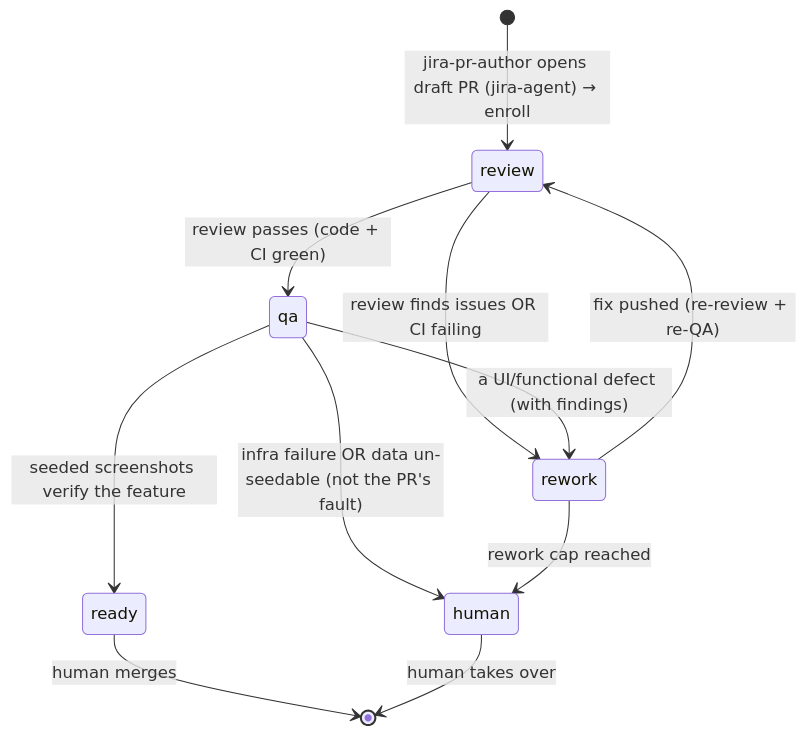
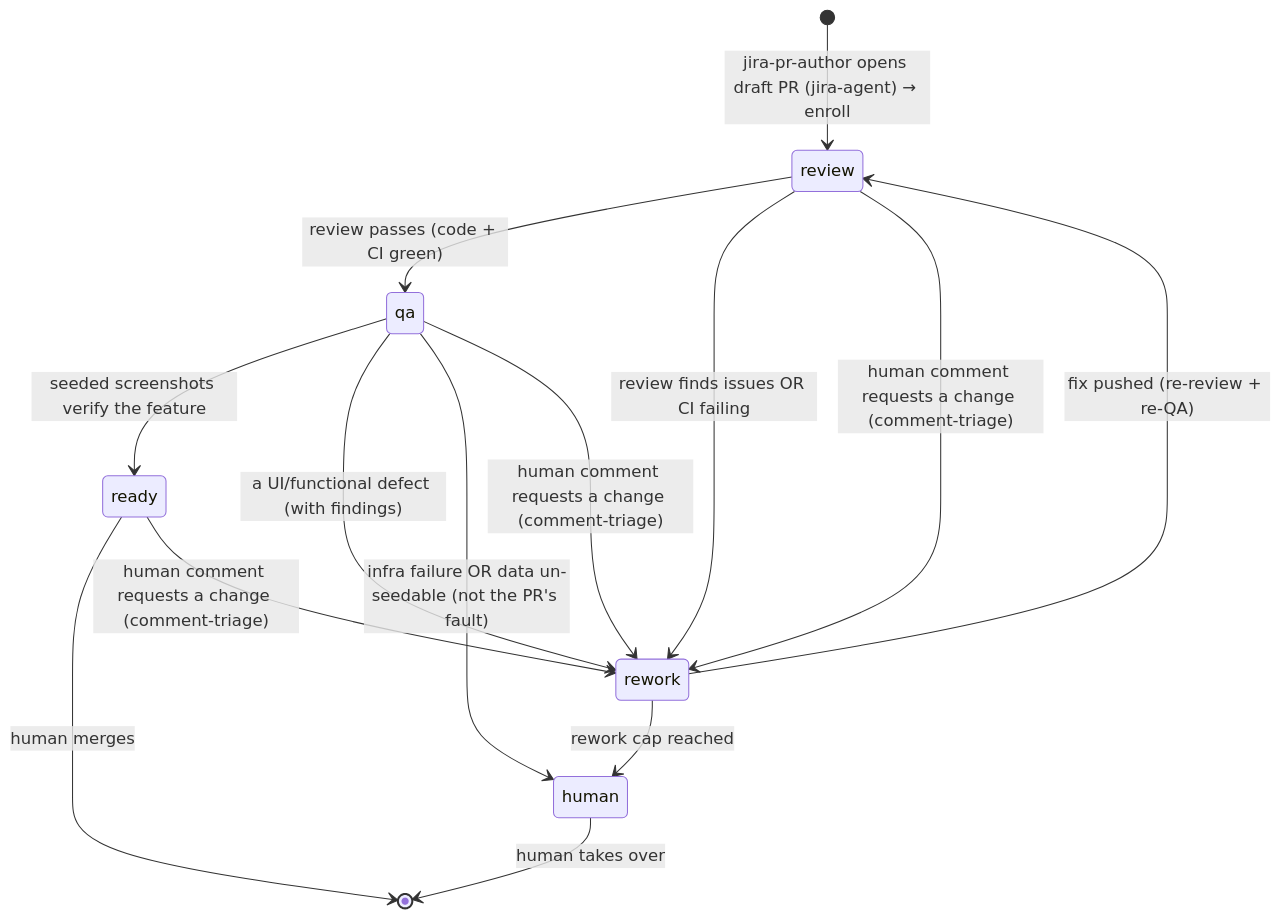
One commit to amjithtitus09/care_fe_aw_v2 changed the diagram in docs/PIPELINE.md. Above: the diagram before and after it, drawn with Mermaid. The commit also changed other lines of this file and 3 other files, not shown here.

````diff
--- a/docs/PIPELINE.md
+++ b/docs/PIPELINE.md
@@ -14,13 +14,16 @@
 ```mermaid
 stateDiagram-v2
     [*] --> review: jira-pr-author opens draft PR (jira-agent) → enroll
     review --> qa: review passes (code + CI green)
     review --> rework: review finds issues OR CI failing
     qa --> ready: seeded screenshots verify the feature
     qa --> rework: a UI/functional defect (with findings)
     qa --> human: infra failure OR data un-seedable (not the PR's fault)
     rework --> review: fix pushed (re-review + re-QA)
     rework --> human: rework cap reached
     ready --> [*]: human merges
     human --> [*]: human takes over
+    review --> rework: human comment requests a change (comment-triage)
+    qa --> rework: human comment requests a change (comment-triage)
+    ready --> rework: human comment requests a change (comment-triage)
 ```
````
